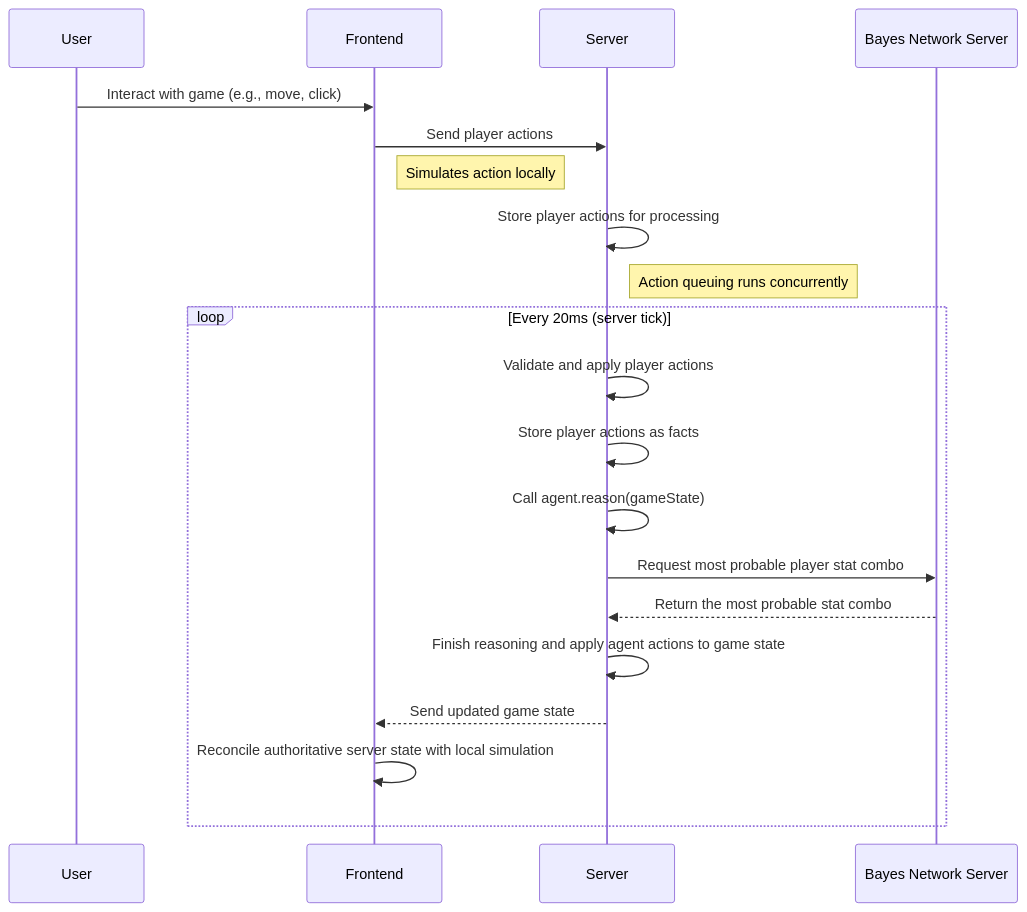
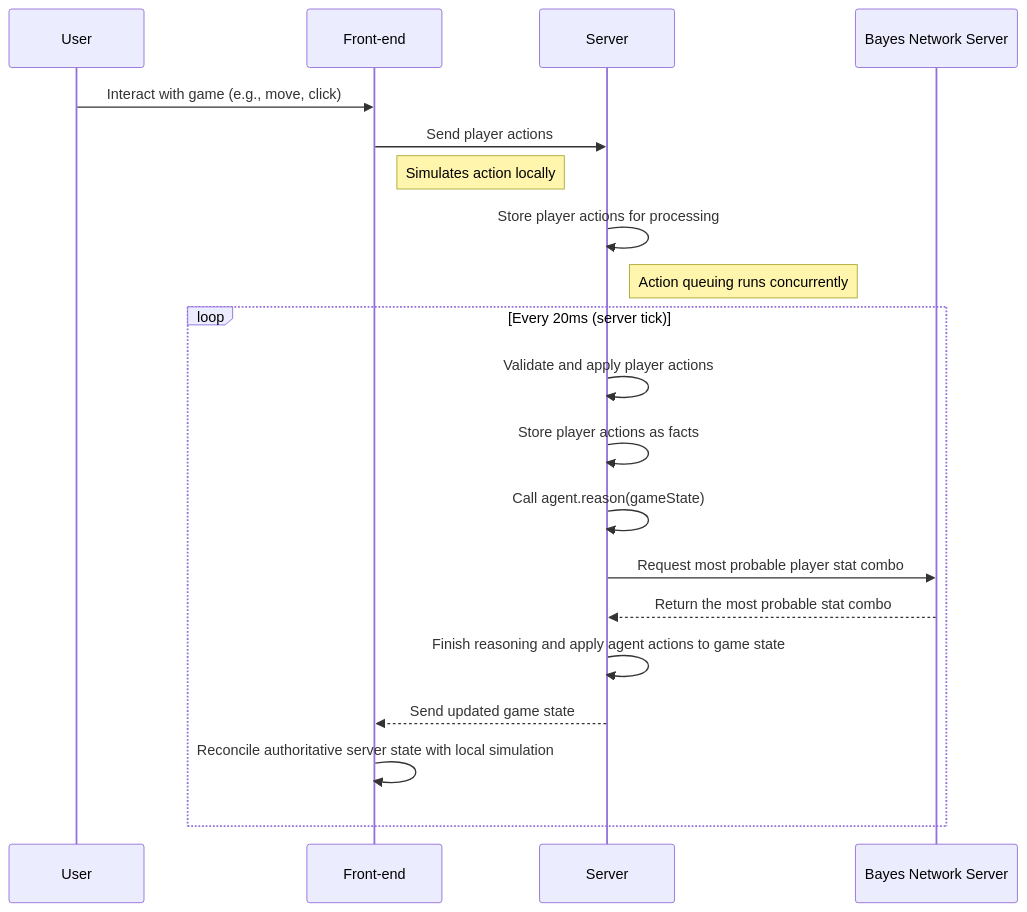
One commit to rchDev/game-of-points changed the second of 2 diagrams in docs/deep-lore.md. Above: the diagram before and after it, drawn with Mermaid. The commit also changed other lines of this file, not shown here.

````diff
--- a/docs/deep-lore.md
+++ b/docs/deep-lore.md
@@ -71,26 +93,26 @@
 ```mermaid
 sequenceDiagram
     participant User
-    participant Frontend
+    participant Front-end
     participant Server
     participant BayesNet as Bayes Network Server
     
     %% === Continuous Action Flow ===
-    User ->> Frontend: Interact with game (e.g., move, click)
-    Frontend ->> Server: Send player actions
-    note right of Frontend: Simulates action locally
+    User ->> Front-end: Interact with game (e.g., move, click)
+    Front-end ->> Server: Send player actions
+    note right of Front-end: Simulates action locally
     Server ->> Server: Store player actions for processing
     note right of Server: Action queuing runs concurrently
     
     %% === Periodic Server Tick Loop ===
     loop Every 20ms (server tick)
         Server ->> Server: Validate and apply player actions
         Server ->> Server: Store player actions as facts
         Server ->> Server: Call agent.reason(gameState)
         Server ->> BayesNet: Request most probable player stat combo
         BayesNet -->> Server: Return the most probable stat combo
         Server ->> Server: Finish reasoning and apply agent actions to game state
-        Server -->> Frontend: Send updated game state
-        Frontend ->> Frontend: Reconcile authoritative server state with local simulation
+        Server -->> Front-end: Send updated game state
+        Front-end ->> Front-end: Reconcile authoritative server state with local simulation
     end
 ```
````
